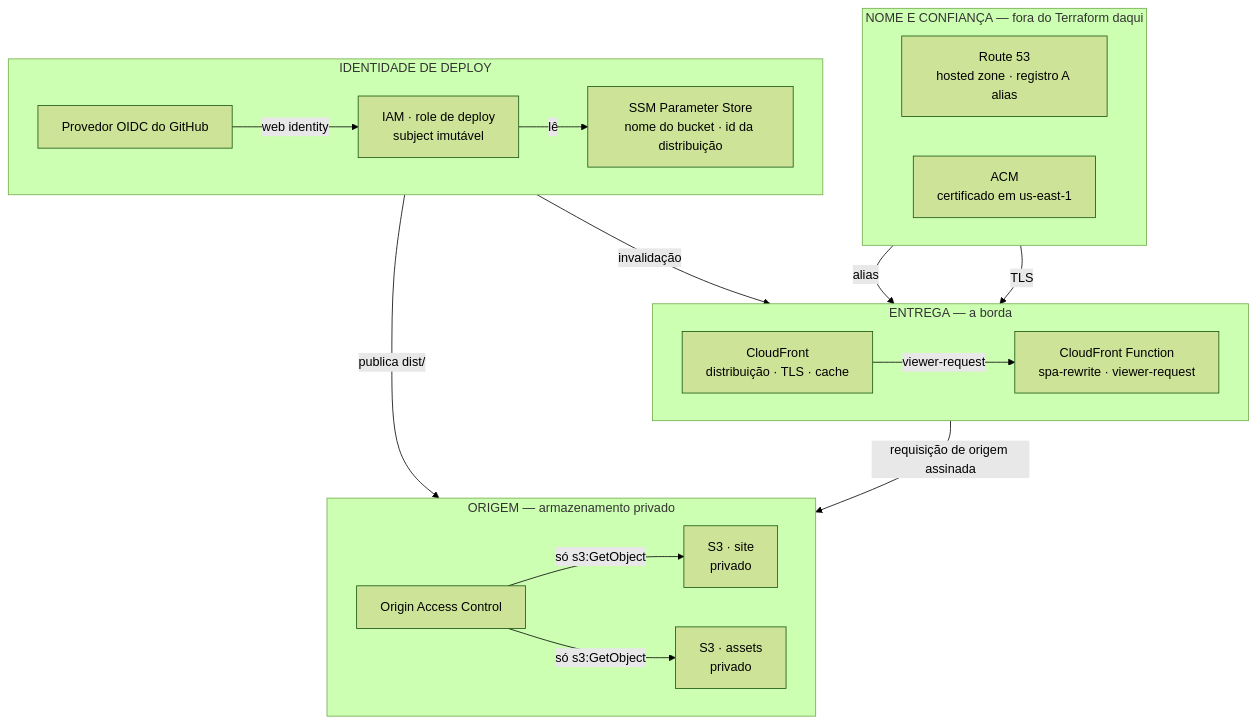
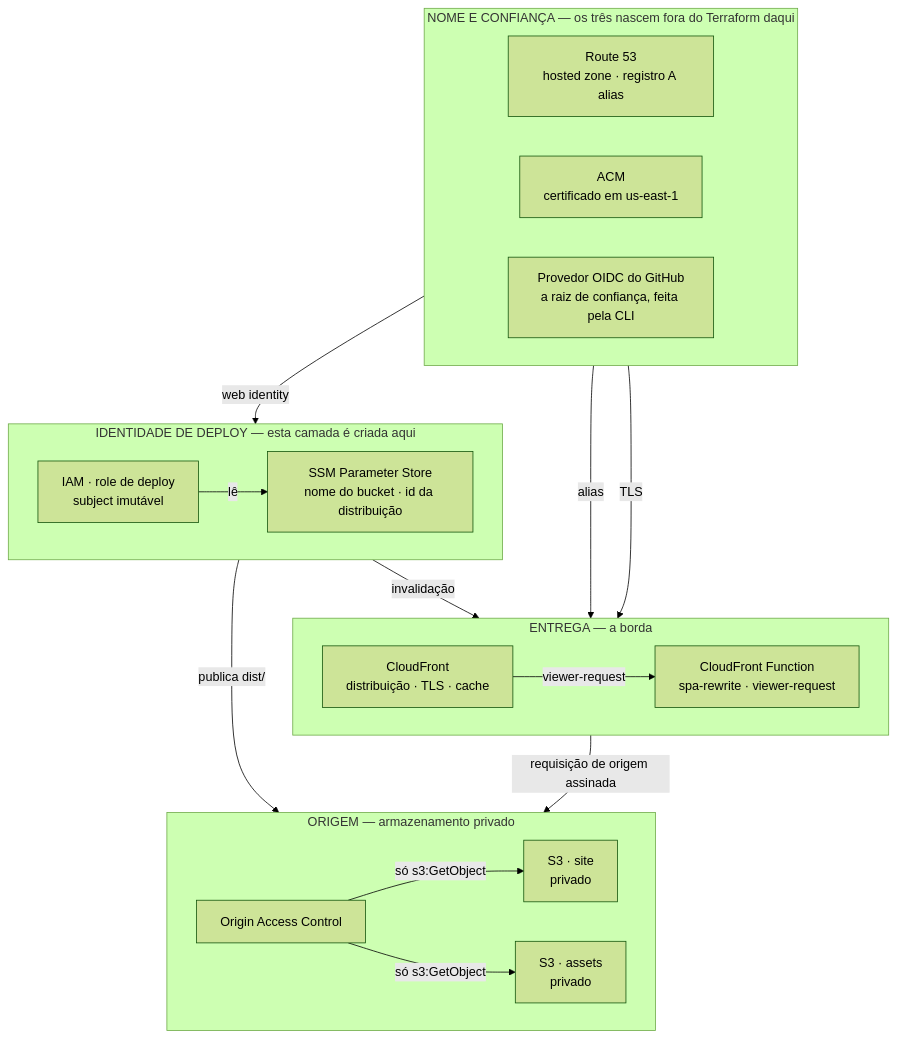
One commit to tedeuxx/tadeumendonca-io changed the third of 6 diagrams in apps/fed/src/content/architecture.pt.md. Above: the diagram before and after it, drawn with Mermaid (forest theme). The commit also changed other lines of this file and 10 other files, not shown here.

First line of the commit message:
fix(architecture): two false claims the drawing made, and the phone reader who saw one circle

````diff
--- a/apps/fed/src/content/architecture.pt.md
+++ b/apps/fed/src/content/architecture.pt.md
@@ -95,37 +97,37 @@
 ```mermaid
 flowchart TB
   accTitle: A pilha AWS, camada a camada
-  accDescr: Quatro camadas empilhadas. Nome e confiança, fora do Terraform deste repositório - a hosted zone do Route 53 com o registro A alias, e o certificado do ACM em us-east-1; as duas chegam na distribuição. Entrega, na borda - a distribuição do CloudFront, que termina o TLS e mantém o cache, e a CloudFront Function spa-rewrite, que ela executa no viewer-request. Origem, o armazenamento - o Origin Access Control, que a distribuição usa para assinar a requisição de origem, e por trás dele os dois buckets S3 privados, o do site e o de assets, que só respondem a s3:GetObject vindo daquela distribuição. Identidade de deploy - o provedor OIDC do GitHub, a role IAM de deploy que confia num subject imutável, e o SSM Parameter Store de onde o pipeline lê o nome do bucket e o id da distribuição; a role escreve o dist no bucket do site e pede a invalidação na distribuição. Não há camada de computação servindo requisição, não há banco, não há VPC e não há segredo lido em runtime.
-  subgraph nome["NOME E CONFIANÇA — fora do Terraform daqui"]
+  accDescr: Quatro camadas empilhadas. Nome e confiança, e as TRÊS coisas desta camada nascem fora do Terraform deste repositório - a hosted zone do Route 53 com o registro A alias, o certificado do ACM em us-east-1, e o provedor OIDC do GitHub, que é a raiz de confiança e é criado à mão, pela CLI da AWS. As duas primeiras chegam na distribuição; o terceiro é o que a role de deploy apresenta para assumir identidade. Entrega, na borda - a distribuição do CloudFront, que termina o TLS e mantém o cache, e a CloudFront Function spa-rewrite, que ela executa no viewer-request. Origem, o armazenamento - o Origin Access Control, que a distribuição usa para assinar a requisição de origem, e por trás dele os dois buckets S3 privados, o do site e o de assets, que só respondem a s3:GetObject vindo daquela distribuição. Identidade de deploy, e esta camada sim é criada aqui - a role IAM de deploy que confia num subject imutável, e o SSM Parameter Store de onde o pipeline lê o nome do bucket e o id da distribuição; a role escreve o dist no bucket do site e pede a invalidação na distribuição. Não há camada de computação servindo requisição, não há banco, não há VPC e não há segredo lido em runtime.
+  subgraph nome["NOME E CONFIANÇA — os três nascem fora do Terraform daqui"]
     direction LR
     Z["Route 53<br/>hosted zone · registro A alias"]
     T["ACM<br/>certificado em us-east-1"]
+    OP["Provedor OIDC do GitHub<br/>a raiz de confiança, feita pela CLI"]
   end
   subgraph borda["ENTREGA — a borda"]
     direction LR
     E["CloudFront<br/>distribuição · TLS · cache"]
     FN["CloudFront Function<br/>spa-rewrite · viewer-request"]
   end
   subgraph origem["ORIGEM — armazenamento privado"]
     direction LR
     OAC["Origin Access Control"]
     B1["S3 · site<br/>privado"]
     B2["S3 · assets<br/>privado"]
   end
-  subgraph deploy["IDENTIDADE DE DEPLOY"]
+  subgraph deploy["IDENTIDADE DE DEPLOY — esta camada é criada aqui"]
     direction LR
-    OP["Provedor OIDC do GitHub"]
     RO["IAM · role de deploy<br/>subject imutável"]
     SSM["SSM Parameter Store<br/>nome do bucket · id da distribuição"]
   end
   Z -- "alias" --> E
   T -- "TLS" --> E
   E -- "viewer-request" --> FN
   E -- "requisição de origem assinada" --> OAC
   OAC -- "só s3:GetObject" --> B1
   OAC -- "só s3:GetObject" --> B2
   OP -- "web identity" --> RO
   RO -- "lê" --> SSM
   RO -- "publica dist/" --> B1
   RO -- "invalidação" --> E
 ```
````
